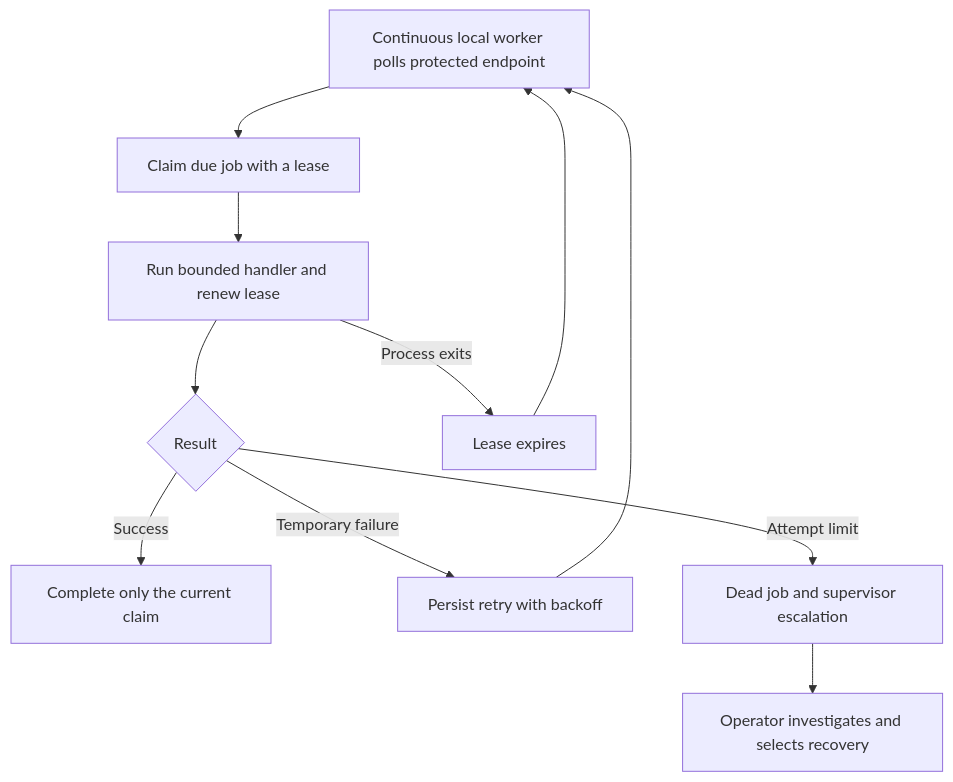
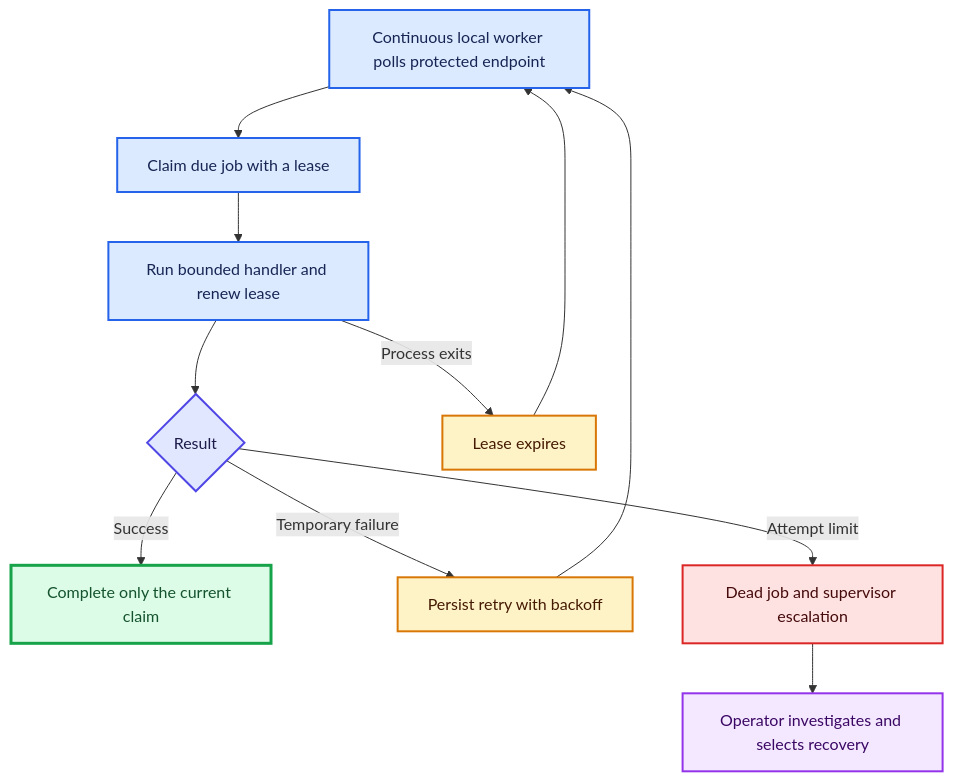
Before and after one commit to thotashashank302/O.R.I.O.N---OPERATING-RESPONSE-AND-INCIDENT-ORCHESTRATION-NETWORK: the fourth of 4 diagrams in README.md, drawn with Mermaid. The commit also changed other lines of this file, not shown here.

Commit message:
Add colored workflow diagrams and four-agent architecture to README

````diff
--- a/README.md
+++ b/README.md
@@ -146,13 +229,26 @@
 ```mermaid
 flowchart TD
     A[Continuous local worker polls protected endpoint] --> B[Claim due job with a lease]
     B --> C[Run bounded handler and renew lease]
     C --> D{Result}
     D -->|Success| E[Complete only the current claim]
     D -->|Temporary failure| F[Persist retry with backoff]
     F --> A
     D -->|Attempt limit| G[Dead job and supervisor escalation]
     C -->|Process exits| H[Lease expires]
     H --> A
     G --> I[Operator investigates and selects recovery]
+
+    classDef worker fill:#DBEAFE,stroke:#2563EB,color:#172554,stroke-width:2px
+    classDef decision fill:#E0E7FF,stroke:#4F46E5,color:#1E1B4B,stroke-width:2px
+    classDef retry fill:#FEF3C7,stroke:#D97706,color:#451A03,stroke-width:2px
+    classDef failure fill:#FEE2E2,stroke:#DC2626,color:#450A0A,stroke-width:2px
+    classDef human fill:#F3E8FF,stroke:#9333EA,color:#3B0764,stroke-width:2px
+    classDef complete fill:#DCFCE7,stroke:#16A34A,color:#14532D,stroke-width:3px
+    class A,B,C worker
+    class D decision
+    class F,H retry
+    class G failure
+    class I human
+    class E complete
 ```
````
